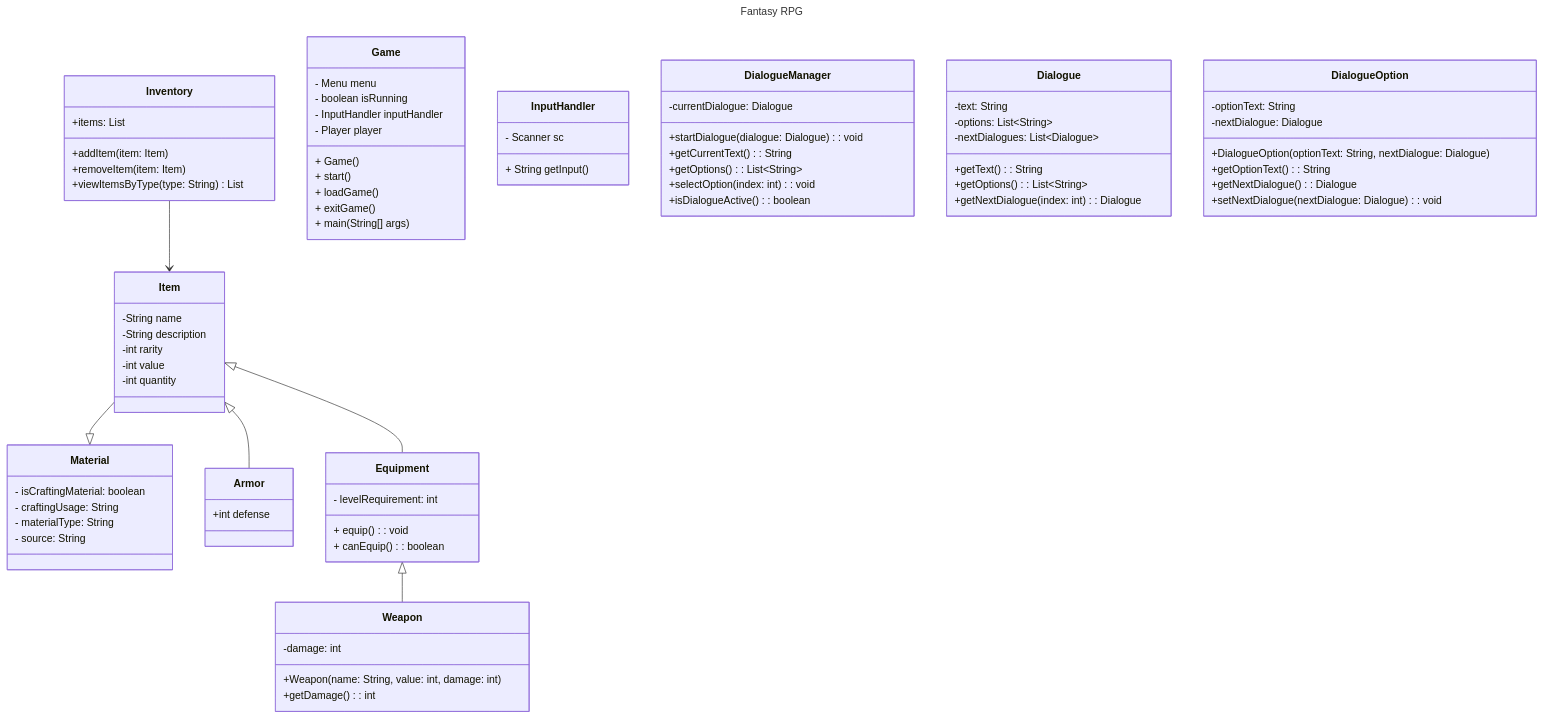
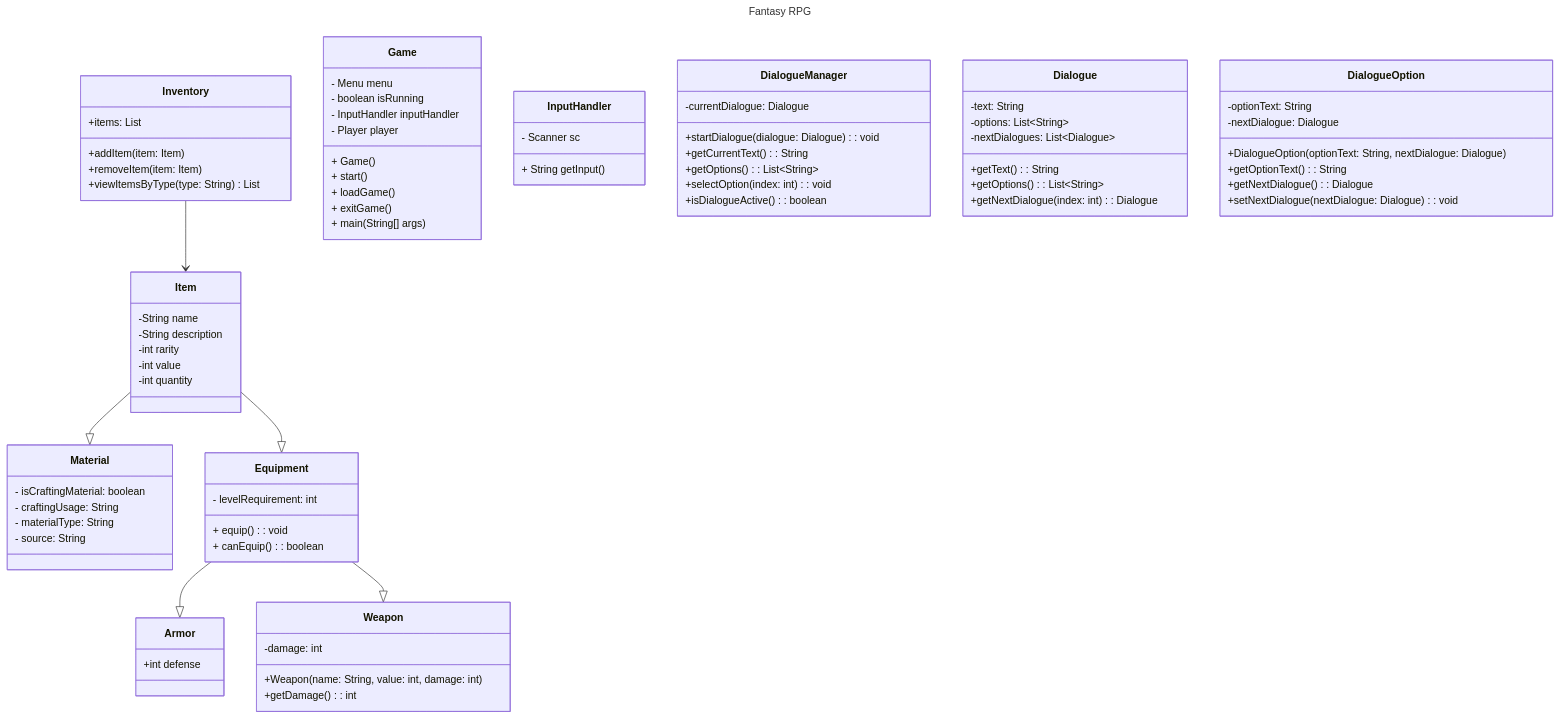
The diagram in wiki/Class-Diagram.md (pacalso-jjc/2425-2nd-cc3-1b-rpg), drawn with Mermaid before and after one commit.

Commit message:
fixed arrows to point to children, armor now inherits from equipment.

```diff
--- a/wiki/Class-Diagram.md
+++ b/wiki/Class-Diagram.md
@@ -22,7 +22,7 @@
         -int quantity   
     }
 
-    Item <|-- Armor
+    Equipment --|> Armor
     class Armor {
         +int defense
     }
@@ -73,14 +73,14 @@
         +setNextDialogue(nextDialogue: Dialogue): void
     }
 
-    Equipment <|-- Weapon
+    Equipment --|> Weapon
     class Weapon {
         -damage: int
         +Weapon(name: String, value: int, damage: int)
         +getDamage(): int
     }
     
-    Item <|-- Equipment
+    Item --|> Equipment
     class Equipment {
         - levelRequirement: int
         + equip(): void
```
